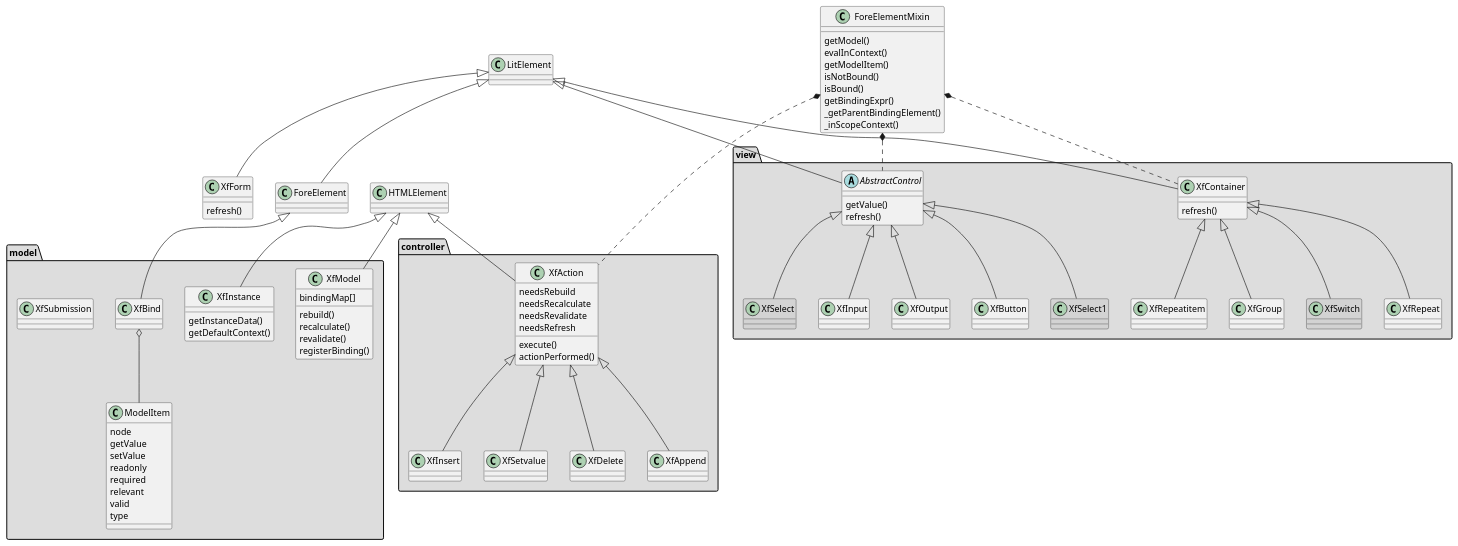
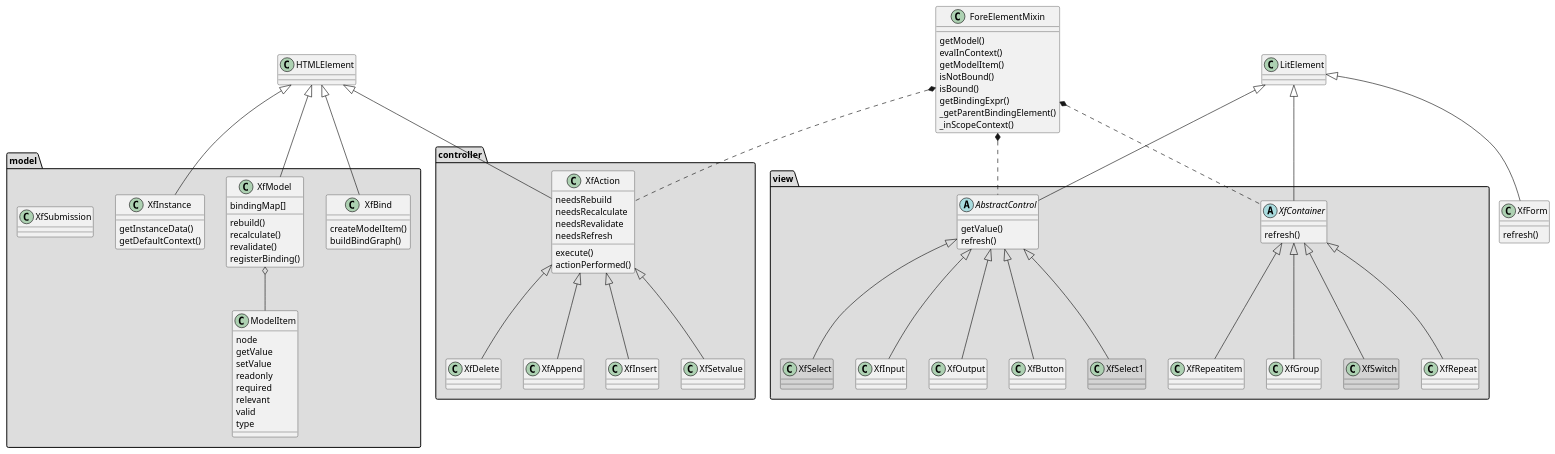
The diagram in doc/class-relations.puml (Jinntec/Fore), drawn with PlantUML before and after one commit. The commit also changed 8 other files, not shown here.

Commit message:
remove BoundElement.js + ForeElement.js classes which have been refactored to ForeElementMixin; updated class diagram;

```diff
--- a/doc/class-relations.puml
+++ b/doc/class-relations.puml
@@ -1,112 +1,113 @@
 @startuml
 
 class HTMLElement{
 }
 class LitElement
 
 class XfForm {
     refresh()
 }
 LitElement <|-- XfForm
 
-
-class ForeElement
 
 class ForeElementMixin{
     getModel()
     evalInContext()
     getModelItem()
     isNotBound()
     isBound()
     getBindingExpr()
     _getParentBindingElement()
     _inScopeContext()
 }
 package "model" #DDDDDD {
     class XfModel{
         bindingMap[]
         rebuild()
         recalculate()
         revalidate()
         registerBinding()
     }
     class XfInstance{
         getInstanceData()
         getDefaultContext()
     }
 
     class ModelItem{
         node
         getValue
         setValue
         readonly
         required
         relevant
         valid
         type
     }
 
-    class XfBind
+    class XfBind{
+        createModelItem()
+        buildBindGraph()
+    }
     class XfSubmission
 
     HTMLElement <|-- XfInstance
-    ForeElement <|-- XfBind
+    HTMLElement <|-- XfBind
     HTMLElement <|-- XfModel
+
 
 }
 
-XfBind o-- ModelItem
+XfModel o-- ModelItem
 
 package "view" #DDDDDD{
-    class XfContainer{
+    abstract class XfContainer{
         refresh()
     }
     abstract class AbstractControl{
         getValue()
         refresh()
     }
     class XfSwitch #lightgrey
     class XfSelect1 #lightgrey
     class XfSelect #lightgrey
     AbstractControl <|-- XfInput
     AbstractControl <|-- XfOutput
     AbstractControl <|-- XfButton
     XfContainer <|-- XfRepeat
     XfContainer <|-- XfRepeatitem
     XfContainer <|-- XfGroup
     XfContainer <|-- XfSwitch
     AbstractControl <|-- XfSelect
     AbstractControl <|-- XfSelect1
 }
 
 package "controller" #DDDDDD{
     class XfAction{
         needsRebuild
         needsRecalculate
         needsRevalidate
         needsRefresh
         execute()
         actionPerformed()
     }
     XfAction <|-- XfDelete
     XfAction <|-- XfAppend
     XfAction <|-- XfInsert
     XfAction <|-- XfSetvalue
 
 }
 
 
 LitElement <|-- XfContainer
 LitElement <|-- AbstractControl
 ForeElementMixin *.. AbstractControl
 ForeElementMixin *.. XfContainer
 
 
 HTMLElement <|-- XfAction
 ForeElementMixin *.. XfAction
-LitElement <|-- ForeElement
 
 
 
 
 @enduml
```
